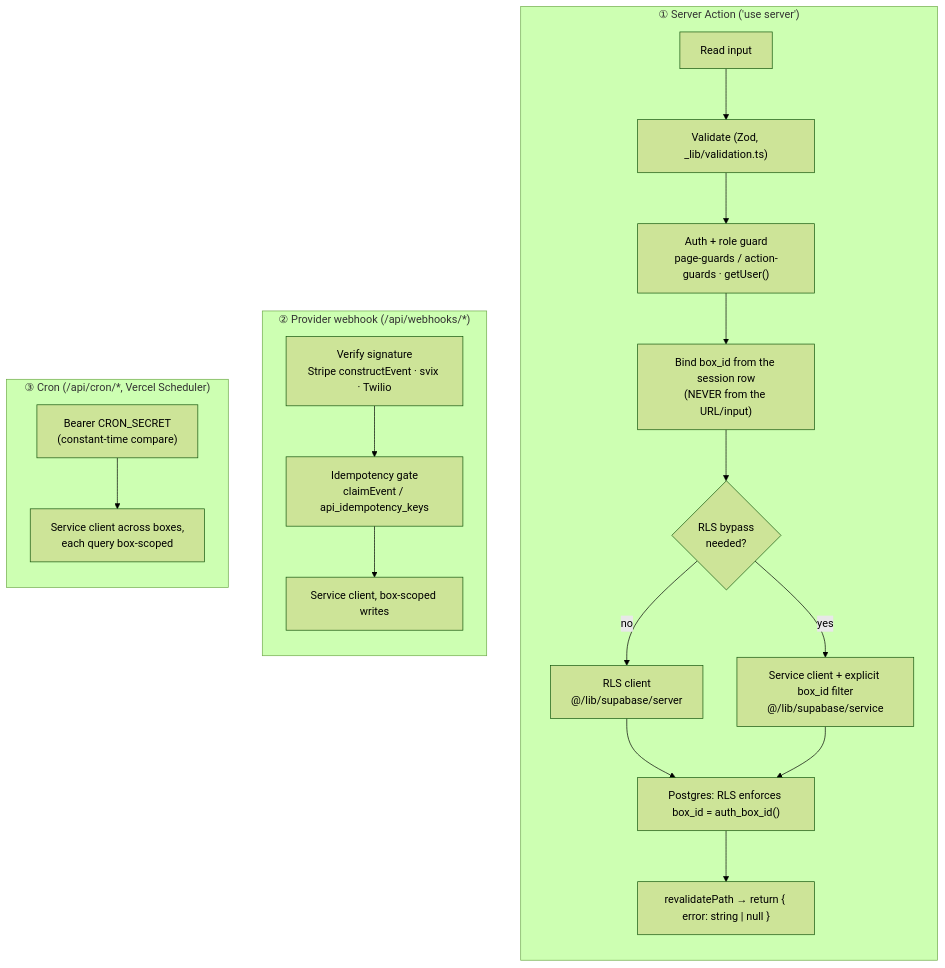
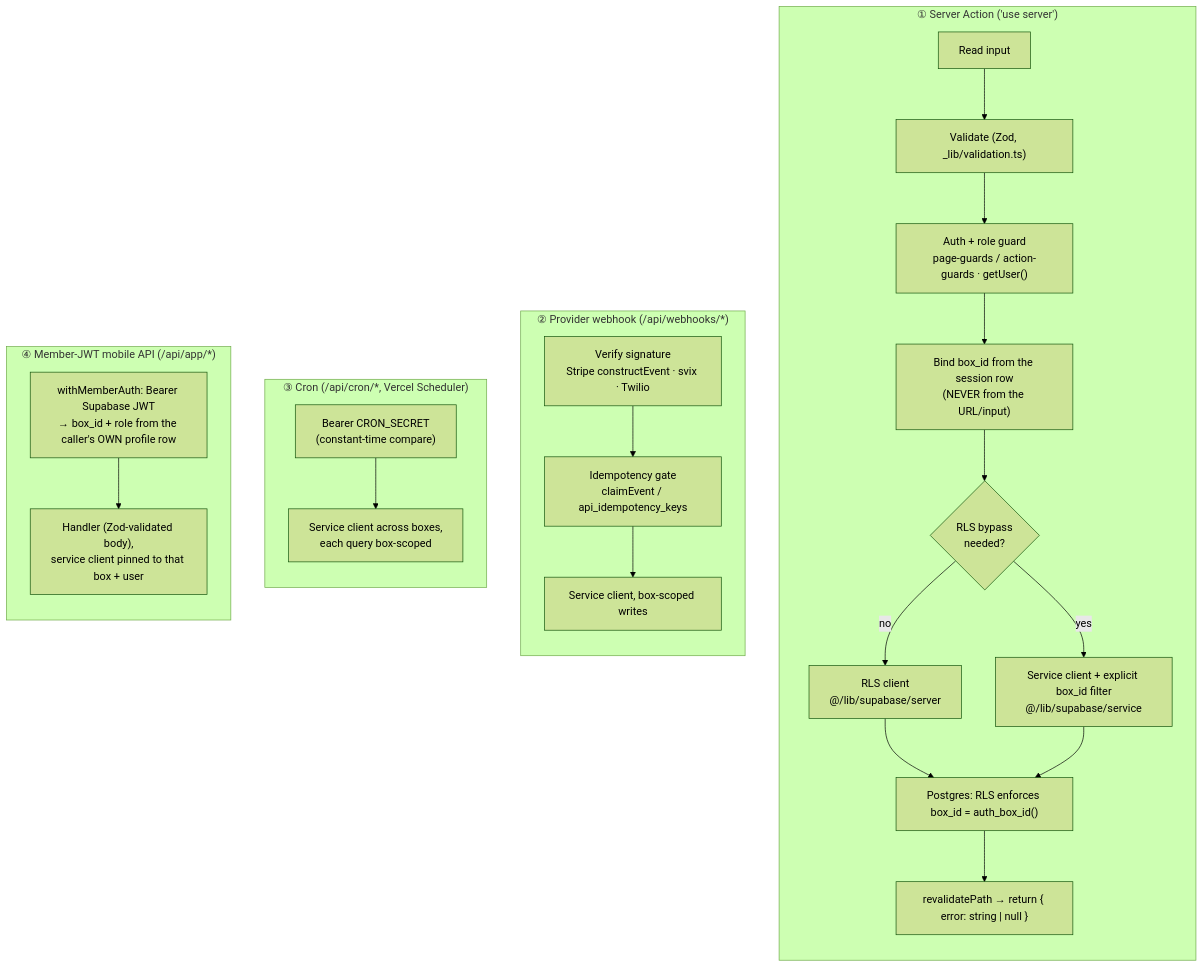
One commit to Walidsh87/circle-glofox changed the second of 6 diagrams in docs/ARCHITECTURE.md. Above: the diagram before and after it, drawn with Mermaid (forest theme). The commit also changed other lines of this file and 12 other files, not shown here.

First line of the commit message:
feat: audit close-out — mig 096 hardening, automated a11y gate, AA contrast, ARCHITECTURE re-ground (#109)

````diff
--- a/docs/ARCHITECTURE.md
+++ b/docs/ARCHITECTURE.md
@@ -67,26 +73,31 @@
 ```mermaid
 flowchart TB
   subgraph a["① Server Action ('use server')"]
     direction TB
     A1["Read input"] --> A2["Validate (Zod, _lib/validation.ts)"]
     A2 --> A3["Auth + role guard<br/>page-guards / action-guards · getUser()"]
     A3 --> A4["Bind box_id from the session row<br/>(NEVER from the URL/input)"]
     A4 --> A5{"RLS bypass<br/>needed?"}
     A5 -->|no| A6["RLS client<br/>@/lib/supabase/server"]
     A5 -->|yes| A7["Service client + explicit box_id filter<br/>@/lib/supabase/service"]
     A6 --> A8["Postgres: RLS enforces box_id = auth_box_id()"]
     A7 --> A8
     A8 --> A9["revalidatePath → return { error: string | null }"]
   end
 
   subgraph w["② Provider webhook (/api/webhooks/*)"]
     direction TB
     W1["Verify signature<br/>Stripe constructEvent · svix · Twilio"] --> W2["Idempotency gate<br/>claimEvent / api_idempotency_keys"]
     W2 --> W3["Service client, box-scoped writes"]
   end
 
   subgraph c["③ Cron (/api/cron/*, Vercel Scheduler)"]
     direction TB
     C1["Bearer CRON_SECRET<br/>(constant-time compare)"] --> C2["Service client across boxes,<br/>each query box-scoped"]
   end
+
+  subgraph m["④ Member-JWT mobile API (/api/app/*)"]
+    direction TB
+    M1["withMemberAuth: Bearer Supabase JWT<br/>→ box_id + role from the caller's OWN profile row"] --> M2["Handler (Zod-validated body),<br/>service client pinned to that box + user"]
+  end
 ```
````
